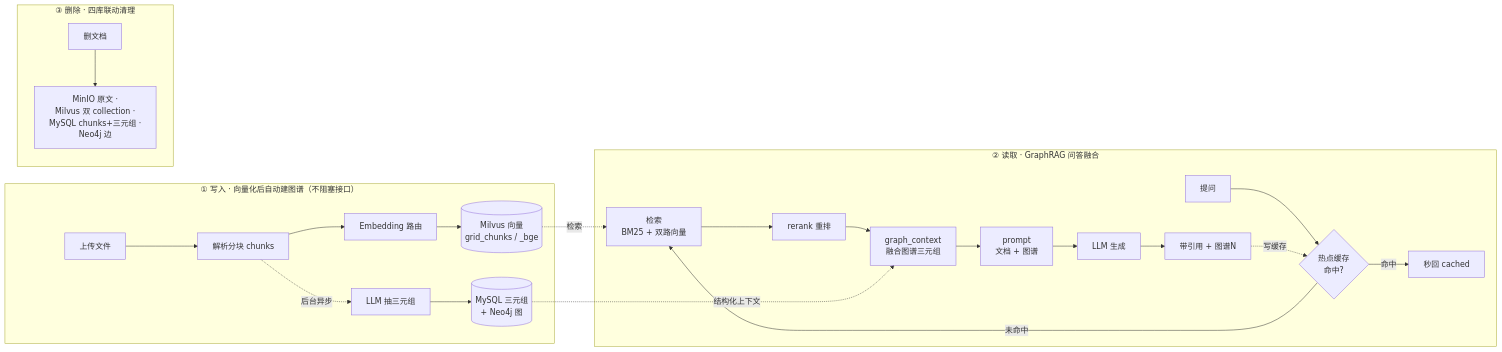
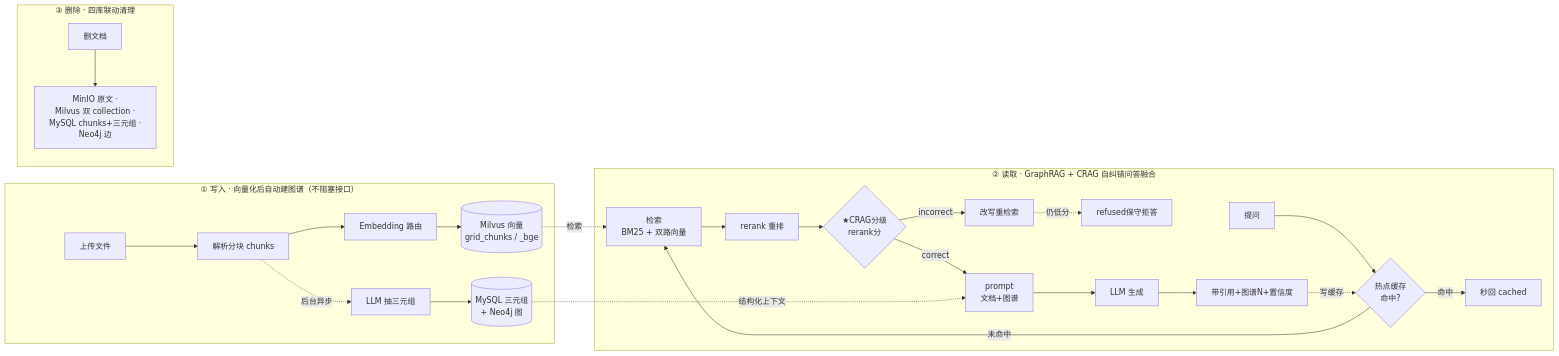
The second of 3 diagrams in README.md (zhyese/grid-qa), drawn with Mermaid before and after one commit. The commit also changed other lines of this file, not shown here.

First line of the commit message:
docs: 全面重写README,含全部模块+CRAG/可观测地基/质量回归

````diff
--- a/README.md
+++ b/README.md
@@ -72,27 +89,29 @@
 ```mermaid
 flowchart LR
     subgraph W["① 写入 · 向量化后自动建图谱（不阻塞接口）"]
         U[上传文件] --> P[解析分块 chunks]
         P --> V[Embedding 路由]
         V --> VMIL[("Milvus 向量<br/>grid_chunks / _bge")]
         P -.->|后台异步| K[LLM 抽三元组]
         K --> KG[("MySQL 三元组<br/>+ Neo4j 图")]
     end
-    subgraph R["② 读取 · GraphRAG 问答融合"]
+    subgraph R["② 读取 · GraphRAG + CRAG 自纠错问答融合"]
         Q[提问] --> CC{"热点缓存<br/>命中?"}
         CC -->|命中| A1[秒回 cached]
         CC -->|未命中| RT[检索<br/>BM25 + 双路向量]
         RT --> RRK[rerank 重排]
-        RRK --> G[graph_context<br/>融合图谱三元组]
-        G --> PF["prompt<br/>文档 + 图谱"]
+        RRK --> CG{"★CRAG分级<br/>rerank分"}
+        CG -->|correct| PF["prompt<br/>文档+图谱"]
+        CG -->|incorrect| RW[改写重检索]
+        RW -.->|仍低分| RF[refused保守拒答]
         PF --> L[LLM 生成]
-        L --> A2[带引用 + 图谱N]
+        L --> A2[带引用+图谱N+置信度]
         A2 -.->|写缓存| CC
     end
     subgraph D["③ 删除 · 四库联动清理"]
         DEL[删文档] --> CL["MinIO 原文 ·<br/>Milvus 双 collection ·<br/>MySQL chunks+三元组 ·<br/>Neo4j 边"]
     end
     %% 闭环：写入产物 → 读取消费（数据真正流转）
     VMIL -. 检索 .-> RT
-    KG -. 结构化上下文 .-> G
+    KG -. 结构化上下文 .-> PF
 ```
````
